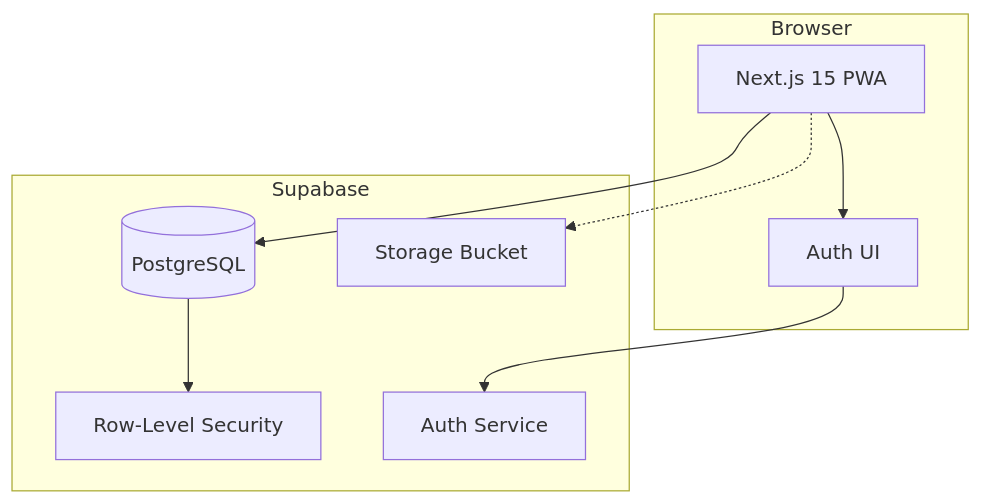
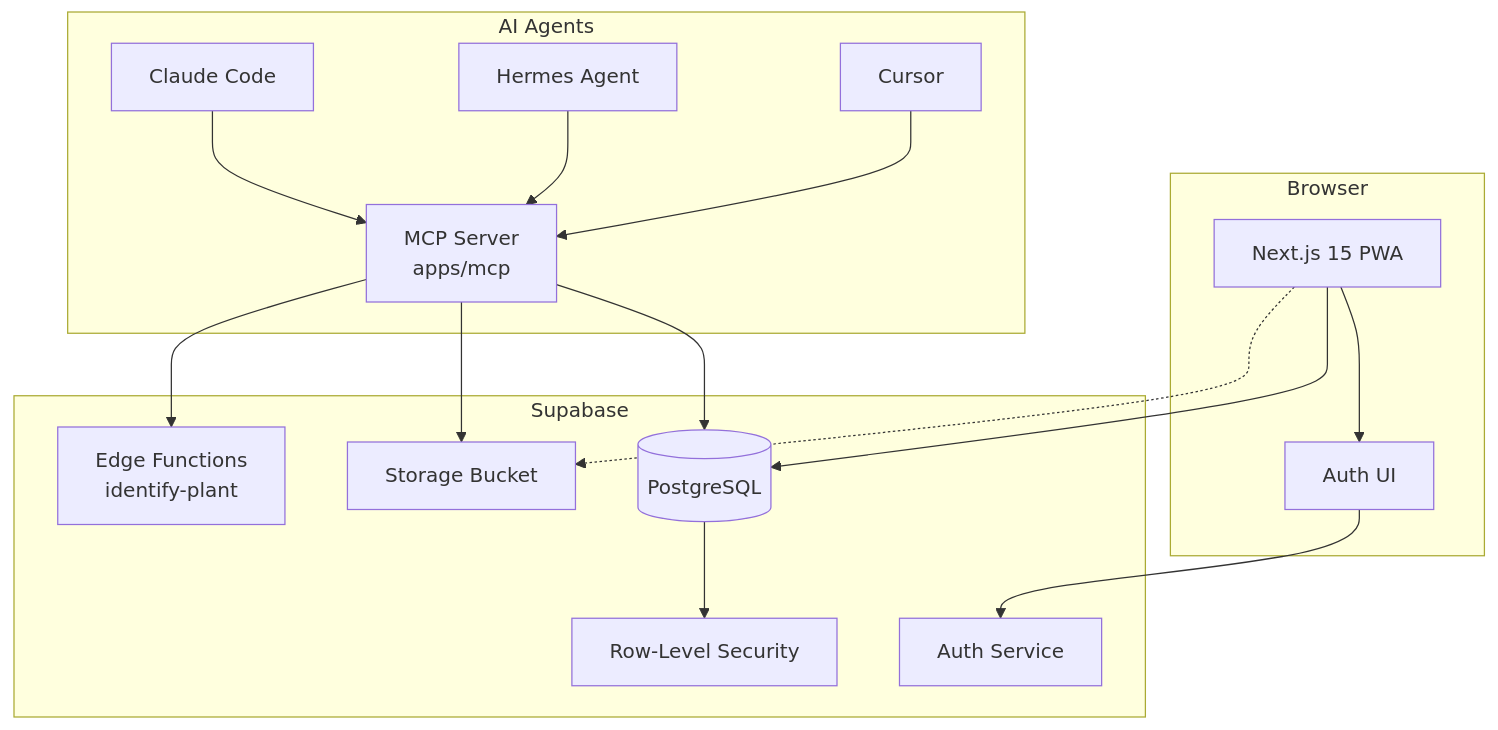
Before and after one commit to sparshsam/opensprout: the first of 3 diagrams in docs/architecture.md, drawn with Mermaid. The commit also changed other lines of this file and 21 other files, not shown here.

````diff
--- a/docs/architecture.md
+++ b/docs/architecture.md
@@ -5,20 +5,35 @@
 ```mermaid
 flowchart TB
     subgraph Client [Browser]
         A[Next.js 15 PWA]
         AUTH[Auth UI]
     end
 
+    subgraph Agent [AI Agents]
+        MCP[MCP Server<br/>apps/mcp]
+        CLAUDE[Claude Code]
+        HERMES[Hermes Agent]
+        CURSOR[Cursor]
+    end
+
     subgraph Supabase [Supabase]
         DB[(PostgreSQL)]
         RLS[Row-Level Security]
         SVC[Auth Service]
         STORAGE[Storage Bucket]
+        EF[Edge Functions<br/>identify-plant]
     end
 
     A --> AUTH
     AUTH --> SVC
     A --> DB
     DB --> RLS
     A -.-> STORAGE
+
+    CLAUDE --> MCP
+    HERMES --> MCP
+    CURSOR --> MCP
+    MCP --> DB
+    MCP --> STORAGE
+    MCP --> EF
 ```
````
